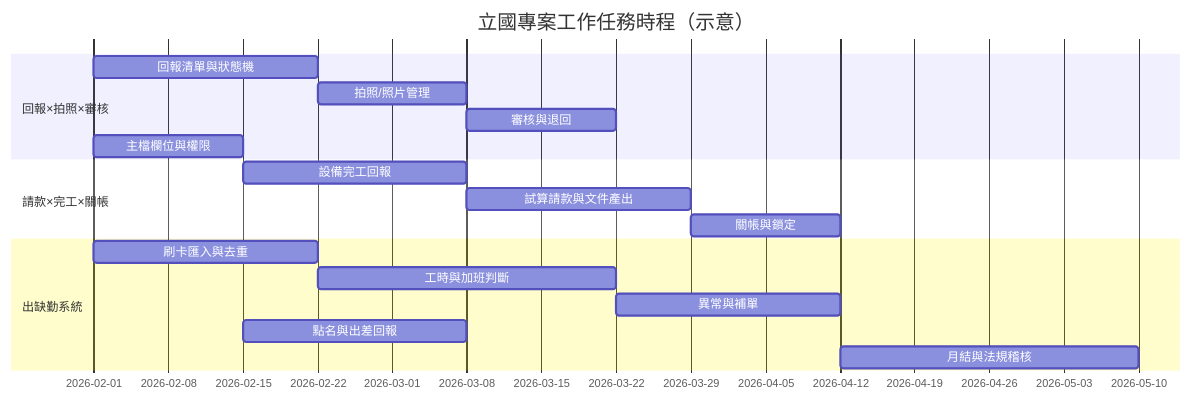
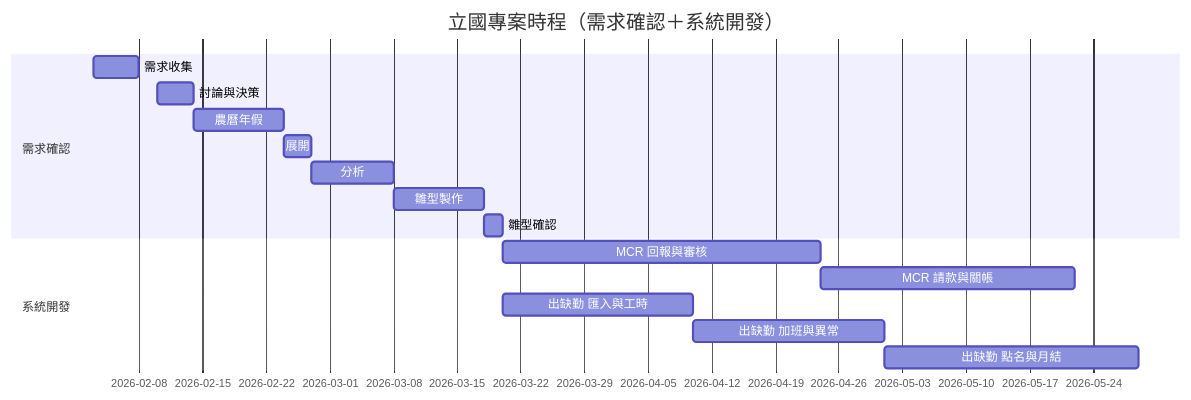
Before and after one commit to SLchinwen/LeeKuo: the diagram in docs/立國專案_工作任務與甘特圖.md, drawn with Mermaid. The commit also changed other lines of this file and 1 other file, not shown here.

Commit message:
更新專案文件，調整甘特圖與工作任務項目，明確化需求確認與系統開發階段的工作流程，並強調農曆年假對時程的影響，提升文件的可讀性與組織性。

````diff
--- a/docs/立國專案_工作任務與甘特圖.md
+++ b/docs/立國專案_工作任務與甘特圖.md
@@ -65,23 +64,21 @@
 ```mermaid
 gantt
-    title 立國專案工作任務時程（示意）
+    title 立國專案時程（需求確認＋系統開發）
     dateFormat  YYYY-MM-DD
 
-    section 回報×拍照×審核
-    回報清單與狀態機     :mcr_r1, 2026-02-01, 21d
-    拍照/照片管理        :mcr_r2, after mcr_r1, 14d
-    審核與退回           :mcr_r3, after mcr_r2, 14d
-    主檔欄位與權限       :mcr_r4, 2026-02-01, 14d
+    section 需求確認
+    需求收集       :req1, 2026-02-03, 5d
+    討論與決策     :req2, 2026-02-10, 4d
+    農曆年假       :holiday, 2026-02-14, 10d
+    展開           :req3, 2026-02-24, 3d
+    分析           :req4, after req3, 9d
+    雛型製作       :req5, after req4, 10d
+    雛型確認       :req6, after req5, 2d
 
-    section 請款×完工×關帳
-    設備完工回報         :mcr_p1, 2026-02-15, 21d
-    試算請款與文件產出   :mcr_p2, after mcr_p1, 21d
-    關帳與鎖定           :mcr_p3, after mcr_p2, 14d
-
-    section 出缺勤系統
-    刷卡匯入與去重       :att_1, 2026-02-01, 21d
-    工時與加班判斷       :att_2, after att_1, 28d
-    異常與補單           :att_3, after att_2, 21d
-    點名與出差回報       :att_4, 2026-02-15, 21d
-    月結與法規稽核       :att_5, after att_3, 28d
+    section 系統開發
+    MCR 回報與審核 :dev1, after req6, 35d
+    MCR 請款與關帳 :dev2, after dev1, 28d
+    出缺勤 匯入與工時 :dev3, after req6, 21d
+    出缺勤 加班與異常 :dev4, after dev3, 21d
+    出缺勤 點名與月結 :dev5, after dev4, 28d
 ```
````
